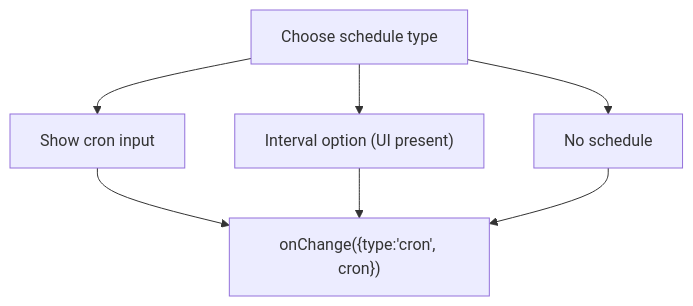
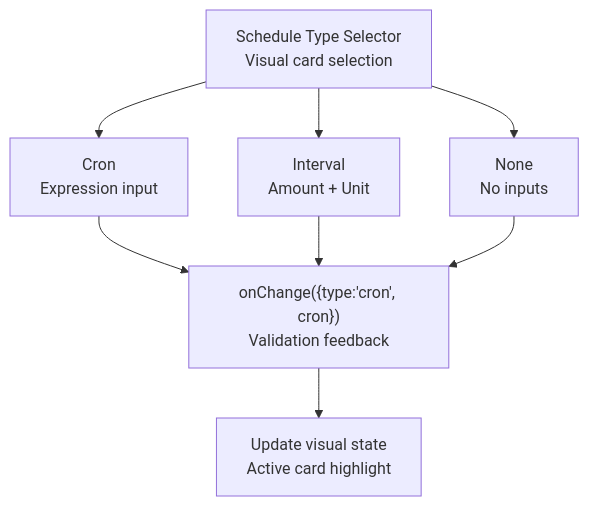
Before and after one commit to gastaldellomarco/pcReady: the seventh of 10 diagrams in .qoder/repowiki/en/content/Automation System/Automation Flow Builder.md, drawn with Mermaid. The commit also changed other lines of this file and 19 other files, not shown here.

First line of the commit message:
feat(automation): enhance Automation Flow Builder with dual-mode design and advanced UI

````diff
--- a/.qoder/repowiki/en/content/Automation System/Automation Flow Builder.md
+++ b/.qoder/repowiki/en/content/Automation System/Automation Flow Builder.md
@@ -270,9 +358,10 @@
 ```mermaid
 flowchart TD
-Choose["Choose schedule type"] --> None["No schedule"]
-Choose --> Cron["Show cron input"]
-Choose --> Interval["Interval option (UI present)"]
-Cron --> Parent["onChange({type:'cron', cron})"]
+Choose["Schedule Type Selector<br/>Visual card selection"] --> None["None<br/>No inputs"]
+Choose --> Cron["Cron<br/>Expression input"]
+Choose --> Interval["Interval<br/>Amount + Unit"]
+Cron --> Parent["onChange({type:'cron', cron})<br/>Validation feedback"]
 Interval --> Parent
 None --> Parent
+Parent --> Visual["Update visual state<br/>Active card highlight"]
 ```
````
